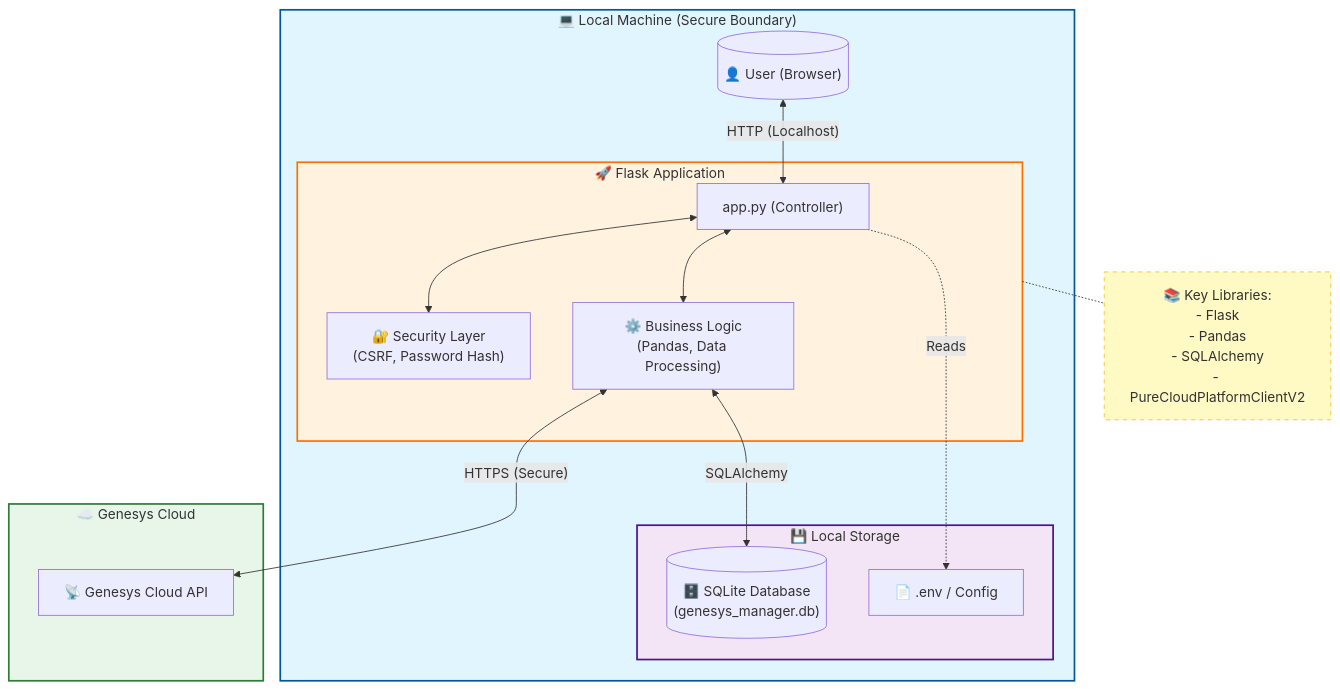
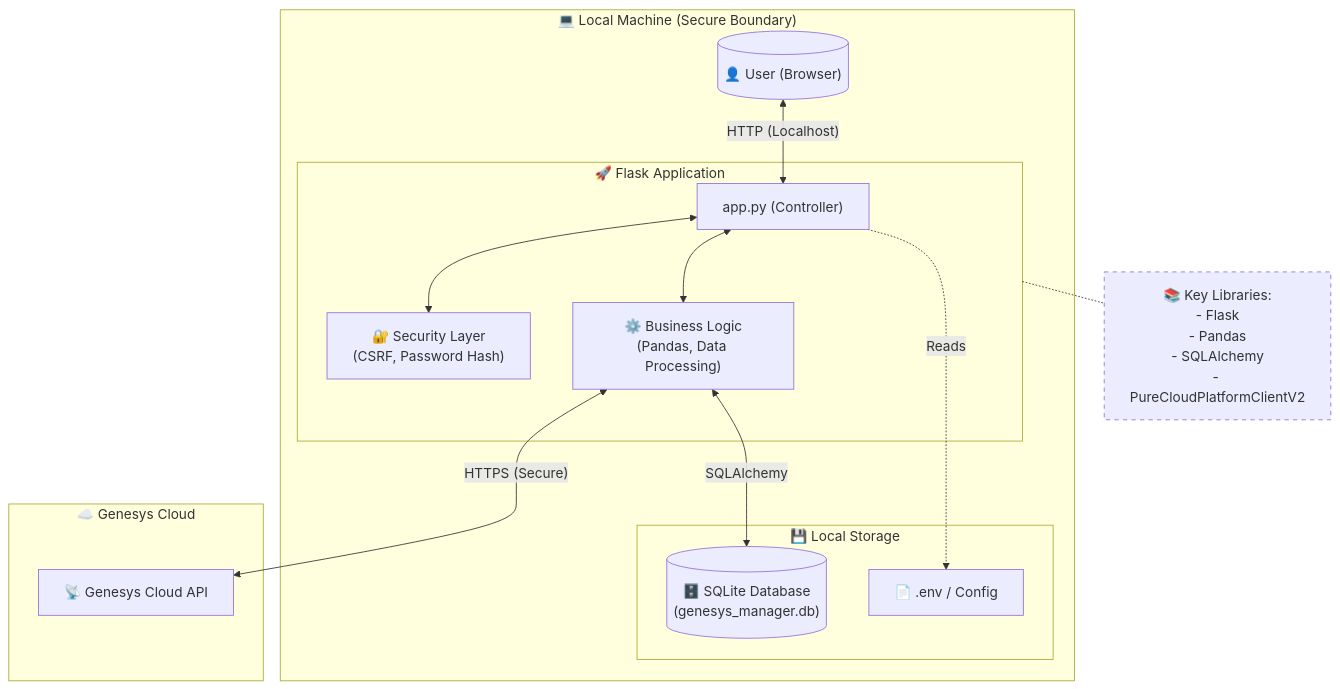
One commit to PilviContactCenter/GC_DataTable_Manager changed the second of 2 diagrams in README.md. Above: the diagram before and after it, drawn with Mermaid.

````diff
--- a/README.md
+++ b/README.md
@@ -103,41 +103,37 @@
 ```mermaid
 graph TD
     subgraph Local_Machine ["💻 Local Machine (Secure Boundary)"]
-        style Local_Machine fill:#e1f5fe,stroke:#01579b,stroke-width:2px
         
         User[("👤 User (Browser)")]
         
         subgraph Application ["🚀 Flask Application"]
-            style Application fill:#fff3e0,stroke:#ff6f00,stroke-width:2px
             
             WebApp["app.py (Controller)"]
             Auth["🔐 Security Layer<br/>(CSRF, Password Hash)"]
             Logic["⚙️ Business Logic<br/>(Pandas, Data Processing)"]
             
             WebApp <--> Auth
             WebApp <--> Logic
         end
         
         subgraph Storage ["💾 Local Storage"]
-            style Storage fill:#f3e5f5,stroke:#4a148c,stroke-width:2px
             DB[("🗄️ SQLite Database<br/>(genesys_manager.db)")]
             Config["📄 .env / Config"]
         end
         
         User <-->|"HTTP (Localhost)"| WebApp
         Logic <-->|SQLAlchemy| DB
         WebApp -.->|Reads| Config
     end
     
     subgraph External_Cloud ["☁️ Genesys Cloud"]
-        style External_Cloud fill:#e8f5e9,stroke:#2e7d32,stroke-width:2px
         GC_API["📡 Genesys Cloud API"]
     end
     
     Logic <-->|"HTTPS (Secure)"| GC_API
     
     note_libs["📚 Key Libraries:<br/>- Flask<br/>- Pandas<br/>- SQLAlchemy<br/>- PureCloudPlatformClientV2"]
-    style note_libs fill:#fff9c4,stroke:#fbc02d,stroke-dasharray: 5 5
+    style note_libs stroke-dasharray: 5 5
     
     Application -.- note_libs
 ```
````
